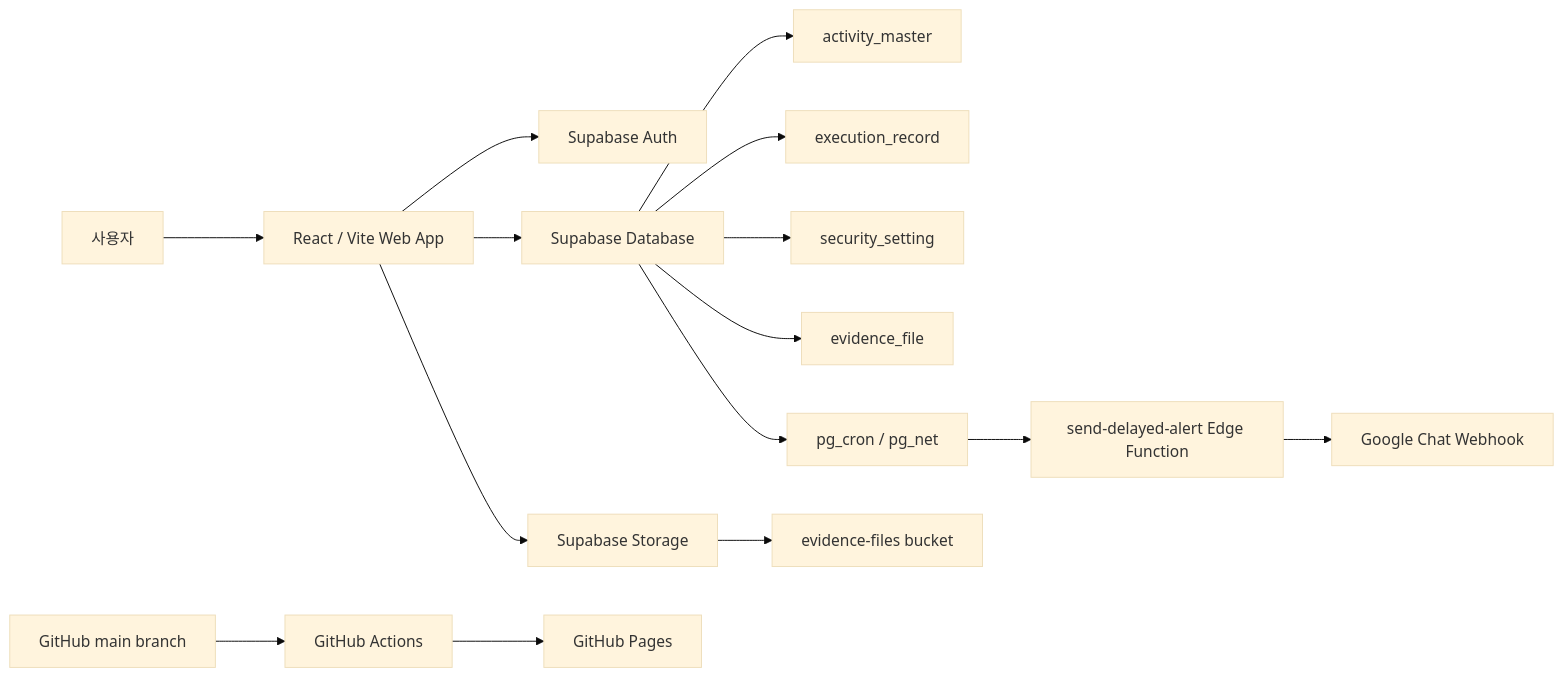
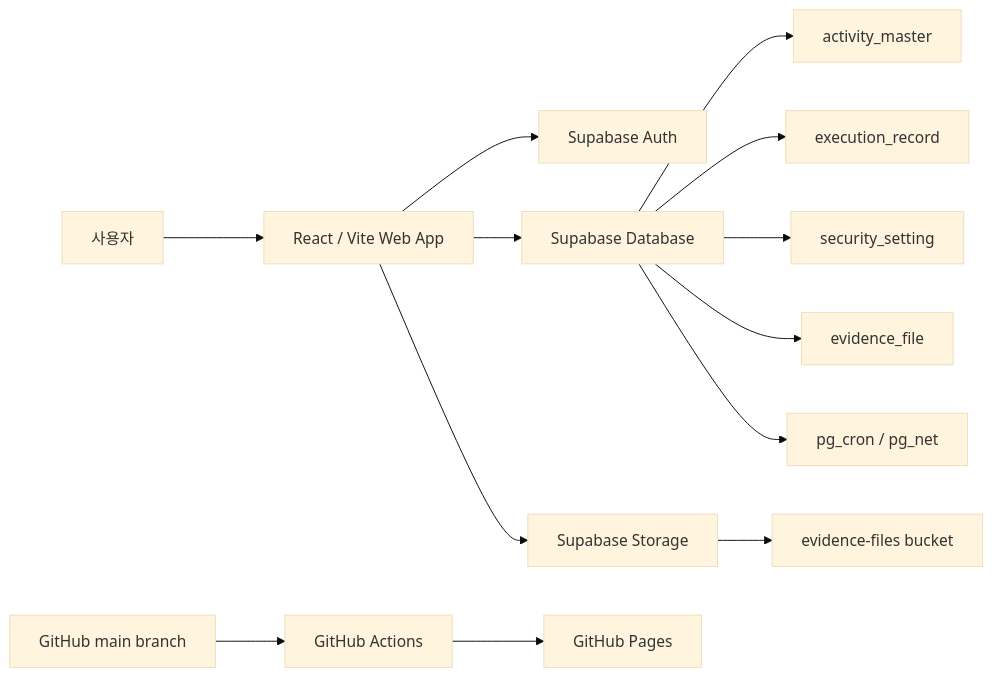
Before and after one commit to sanghakbae/security-activity-monitoring-system: the diagram in README.md, drawn with Mermaid (base theme). The commit also changed other lines of this file and 3 other files, not shown here.

Commit message:
chore: disable delayed Google Chat alerts

````diff
--- a/README.md
+++ b/README.md
@@ -129,21 +128,18 @@
 ```mermaid
 flowchart LR
   User["사용자"] --> WebApp["React / Vite Web App"]
   WebApp --> Auth["Supabase Auth"]
   WebApp --> DB["Supabase Database"]
   WebApp --> Storage["Supabase Storage"]
 
   DB --> ActivityMaster["activity_master"]
   DB --> ExecutionRecord["execution_record"]
   DB --> SecuritySetting["security_setting"]
   DB --> EvidenceFile["evidence_file"]
 
   Storage --> EvidenceStorage["evidence-files bucket"]
 
   DB --> Cron["pg_cron / pg_net"]
-  Cron --> EdgeFunction["send-delayed-alert Edge Function"]
-  EdgeFunction --> GoogleChat["Google Chat Webhook"]
-
   GitHub["GitHub main branch"] --> Actions["GitHub Actions"]
   Actions --> Pages["GitHub Pages"]
 ```
````
